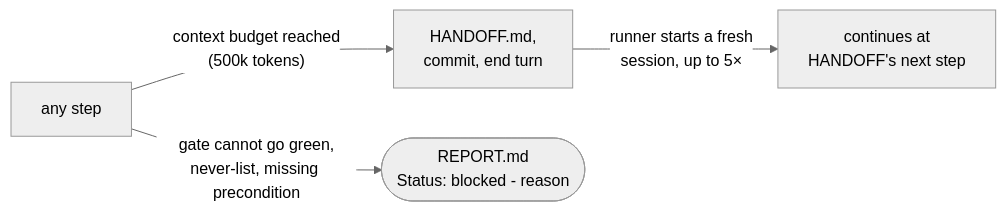
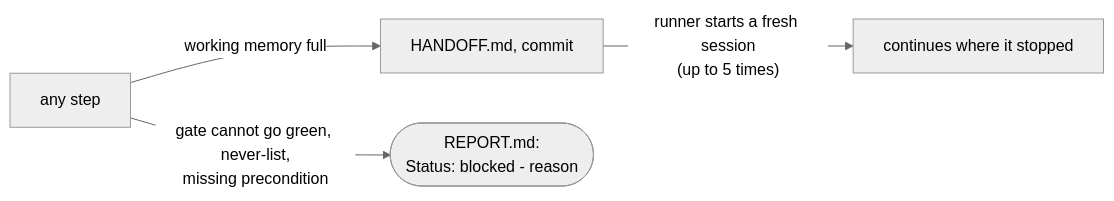
The fifth of 7 diagrams in docs/autopilot-developer-guide.md (evelan-de/claude-code-plugins), drawn with Mermaid (neutral theme) before and after one commit. The commit also changed other lines of this file and 9 other files, not shown here.

````diff
--- a/docs/autopilot-developer-guide.md
+++ b/docs/autopilot-developer-guide.md
@@ -344,6 +259,6 @@
 ```mermaid
 flowchart LR
-    ANY["any step"] -- "context budget reached<br/>(500k tokens)" --> HO["HANDOFF.md,<br/>commit, end turn"]
-    HO -- "runner starts a fresh<br/>session, up to 5×" --> NEXT["continues at<br/>HANDOFF's next step"]
-    ANY -- "gate cannot go green,<br/>never-list, missing precondition" --> BL(["REPORT.md<br/>Status: blocked - reason"])
+    ANY["any step"] -- "working memory full" --> HO["HANDOFF.md, commit"]
+    HO -- "runner starts a fresh session<br/>(up to 5 times)" --> NEXT["continues where it stopped"]
+    ANY -- "gate cannot go green, never-list,<br/>missing precondition" --> BL(["REPORT.md:<br/>Status: blocked - reason"])
 ```
````
